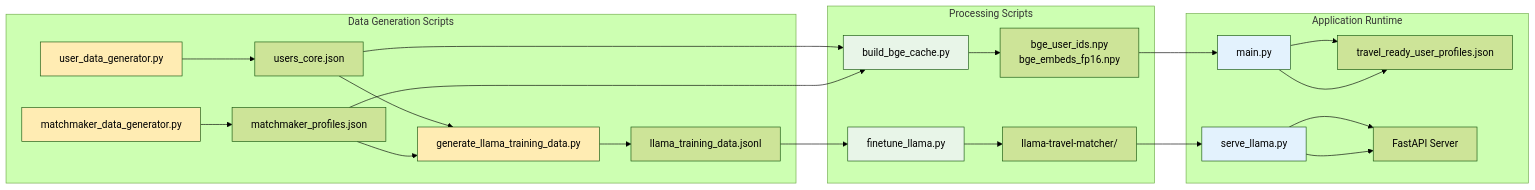
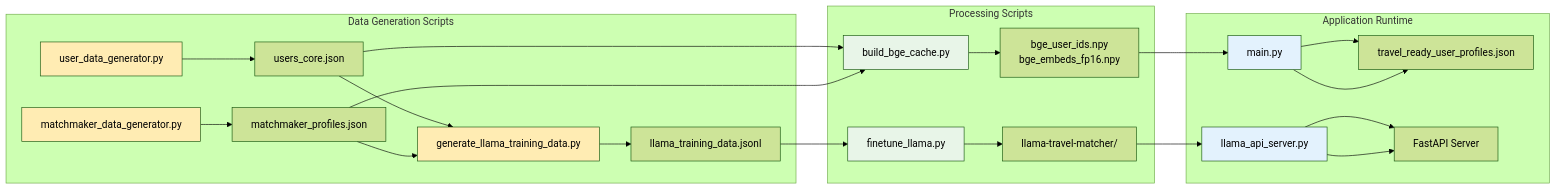
One commit to rovermitra/AITeam changed the second of 2 diagrams in README.md. Above: the diagram before and after it, drawn with Mermaid (forest theme). The commit also changed other lines of this file and 16 other files, not shown here.

````diff
--- a/README.md
+++ b/README.md
@@ -82,36 +87,36 @@
 ```mermaid
 graph LR
     subgraph "Data Generation Scripts"
         A[user_data_generator.py] --> A1[users_core.json]
         B[matchmaker_data_generator.py] --> B1[matchmaker_profiles.json]
         C[generate_llama_training_data.py] --> C1[llama_training_data.jsonl]
     end
     
     subgraph "Processing Scripts"
         D[build_bge_cache.py] --> D1[bge_user_ids.npy<br/>bge_embeds_fp16.npy]
         E[finetune_llama.py] --> E1[llama-travel-matcher/]
     end
     
     subgraph "Application Runtime"
         F[main.py] --> F1[travel_ready_user_profiles.json]
-        G[serve_llama.py] --> G1[FastAPI Server]
+        G[llama_api_server.py] --> G1[FastAPI Server]
     end
     
     A1 --> C
     B1 --> C
     A1 --> D
     B1 --> D
     C1 --> E
     D1 --> F
     E1 --> G
     F --> F1
     G --> G1
     
     style A fill:#ffecb3
     style B fill:#ffecb3
     style C fill:#ffecb3
     style D fill:#e8f5e8
     style E fill:#e8f5e8
     style F fill:#e3f2fd
     style G fill:#e3f2fd
 ```
````
